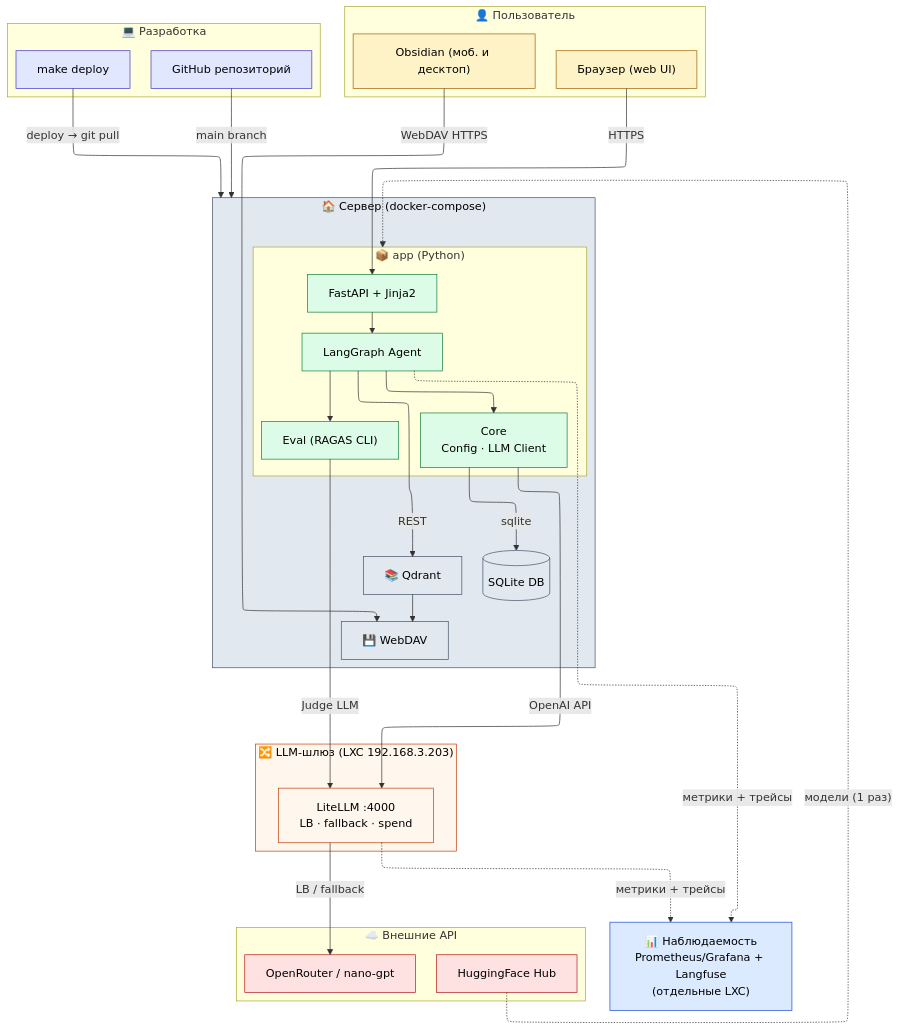
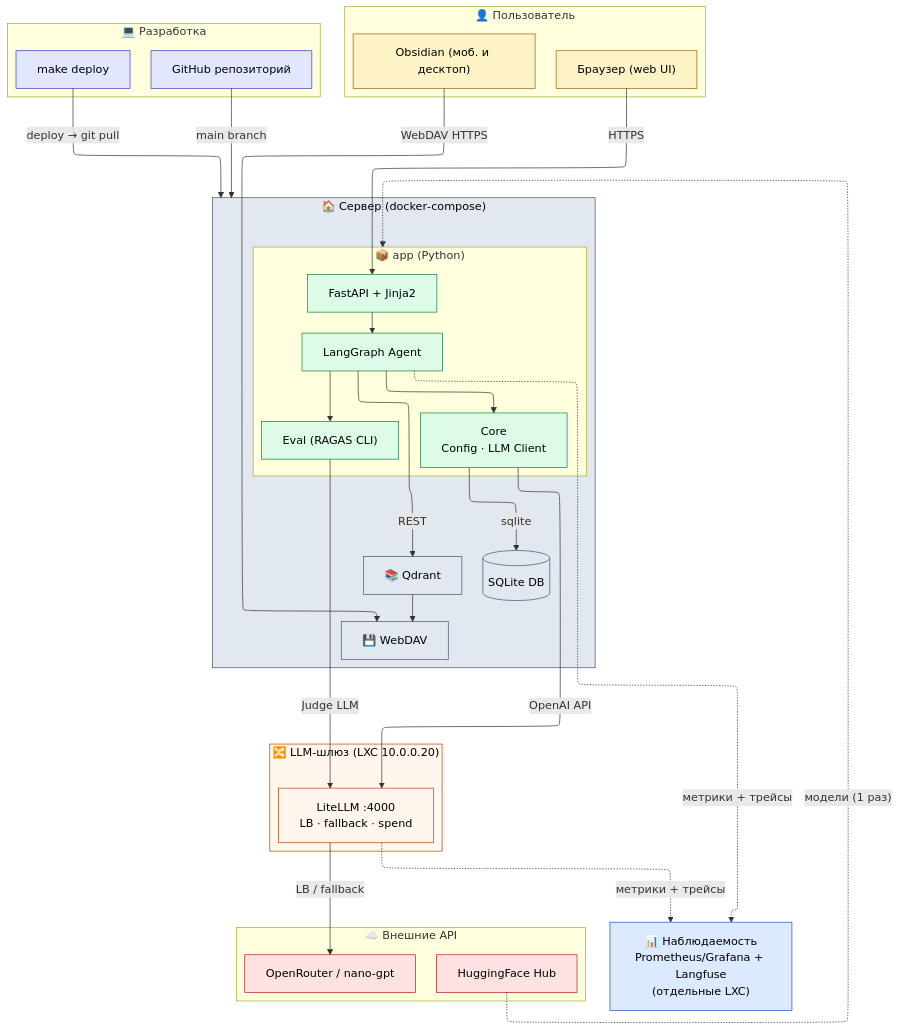
Before and after one commit to tumasv1/RAGv2-Agentic-RAG: the diagram in docs/knowledge base/adr/architecture-overview-simpl.md, drawn with Mermaid. The commit also changed 15 other files, not shown here.

````diff
--- a/docs/knowledge base/adr/architecture-overview-simpl.md
+++ b/docs/knowledge base/adr/architecture-overview-simpl.md
@@ -5,71 +5,71 @@
 ```mermaid
 %%{init: {"layout": "elk"}}%%
 flowchart TB
     subgraph User["👤 Пользователь"]
         Browser["Браузер (web UI)"]
         Obsidian["Obsidian (моб. и десктоп)"]
     end
 
     subgraph Dev["💻 Разработка"]
         Repo["GitHub репозиторий"]
         Make["make deploy"]
     end
 
     subgraph Server["🏠 Сервер (docker‑compose)"]
         subgraph App["📦 app (Python)"]
             Web["FastAPI + Jinja2"]
             Agent["LangGraph Agent"]
             Core["Core<br/>Config · LLM Client"]
             Eval["Eval (RAGAS CLI)"]
         end
 
         Qdrant["📚 Qdrant"]
         WebDAV["💾 WebDAV"]
         SQLite[("SQLite DB")]
     end
 
-    subgraph Gateway["🔀 LLM-шлюз (LXC 192.168.3.203)"]
+    subgraph Gateway["🔀 LLM-шлюз (LXC 10.0.0.20)"]
         LiteLLM["LiteLLM :4000<br/>LB · fallback · spend"]
     end
 
     subgraph Ext["☁️ Внешние API"]
         Providers["OpenRouter / nano-gpt"]
         HF["HuggingFace Hub"]
     end
 
     Observability["📊 Наблюдаемость<br/>Prometheus/Grafana + Langfuse<br/>(отдельные LXC)"]
 
     Browser -->|"HTTPS"| Web
     Obsidian -->|"WebDAV HTTPS"| WebDAV
     Web --> Agent
     Agent --> Core
     Core -->|"OpenAI API"| LiteLLM
     LiteLLM -->|"LB / fallback"| Providers
     Agent --> Eval
     Eval -->|"Judge LLM"| LiteLLM
     Agent -->|"REST"| Qdrant
     Core -->|"sqlite"| SQLite
     Qdrant --> WebDAV
     Make -->|"deploy → git pull"| Server
     Repo -->|"main branch"| Server
     HF -.->|"модели (1 раз)"| App
     Agent -.->|"метрики + трейсы"| Observability
     LiteLLM -.->|"метрики + трейсы"| Observability
 
     %% Цвета
     classDef user fill:#fef3c7,stroke:#a16207,color:#000
     classDef dev fill:#e0e7ff,stroke:#4338ca,color:#000
     classDef runtime fill:#dcfce7,stroke:#15803d,color:#000
     classDef infra fill:#e2e8f0,stroke:#475569,color:#000
     classDef external fill:#fee2e2,stroke:#b91c1c,color:#000
     classDef gateway fill:#fff7ed,stroke:#c2410c,color:#000
     classDef monitoring fill:#dbeafe,stroke:#1d4ed8,color:#000
 
     class Browser,Obsidian user
     class Repo,Make dev
     class Web,Agent,Core,Eval runtime
     class Qdrant,WebDAV,SQLite,Server infra
     class Providers,HF external
     class LiteLLM,Gateway gateway
     class Observability monitoring
 ```
````
